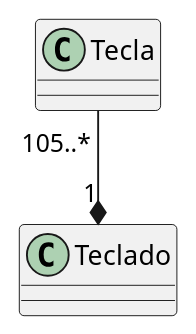
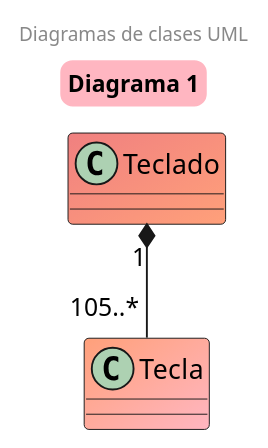
The diagram in docs/diagrams/ClassDiagrams/Diagrama1.plantuml (MagiaGatuna/IS-PRACTICAS), drawn with PlantUML before and after one commit. The commit also changed 2 other files, not shown here.

Commit message:
colores plantuml

```diff
--- a/docs/diagrams/ClassDiagrams/Diagrama1.plantuml
+++ b/docs/diagrams/ClassDiagrams/Diagrama1.plantuml
@@ -1,7 +1,22 @@
 @startuml Diagrama1
 ' 1. Un teclado tiene por lo menos 105 teclas 
-class Teclado { }
-class Tecla { }
+skinparam Title{
+    BorderRoundCorner 15
+    BorderThickness 2
+    fontsize 12
+    BorderColor lighSalmon
+    BackgroundColor lightPink
+    TitleFontColor DarkSlateGray
+}
 
-Tecla "105..*" --* "1" Teclado 
+header 
+    Diagramas de clases UML
+endheader
+
+Title Diagrama 1
+
+class Teclado #LightCoral/LightSalmon { }
+class Tecla #LightSalmon/LightPink { }  
+
+Teclado "1" *-- "105..*" Tecla 
 @enduml
```
